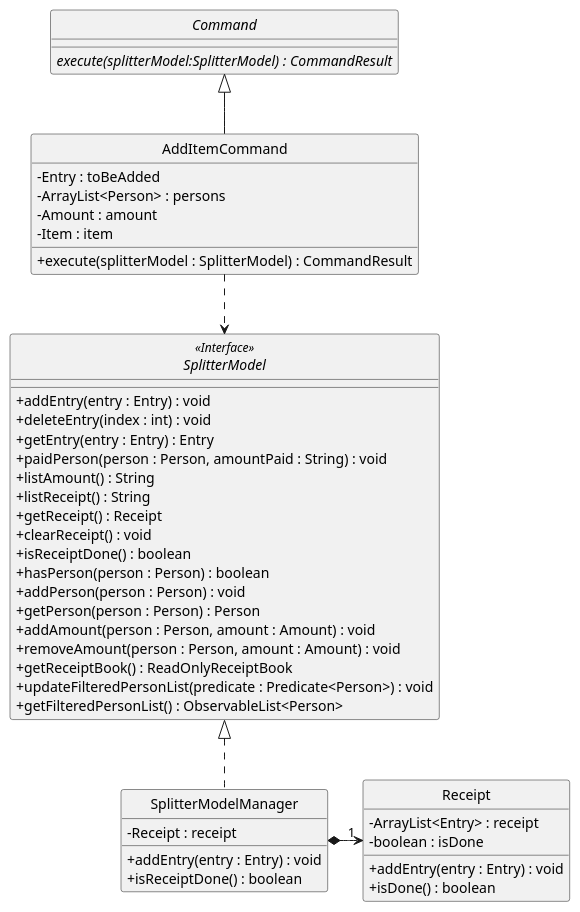
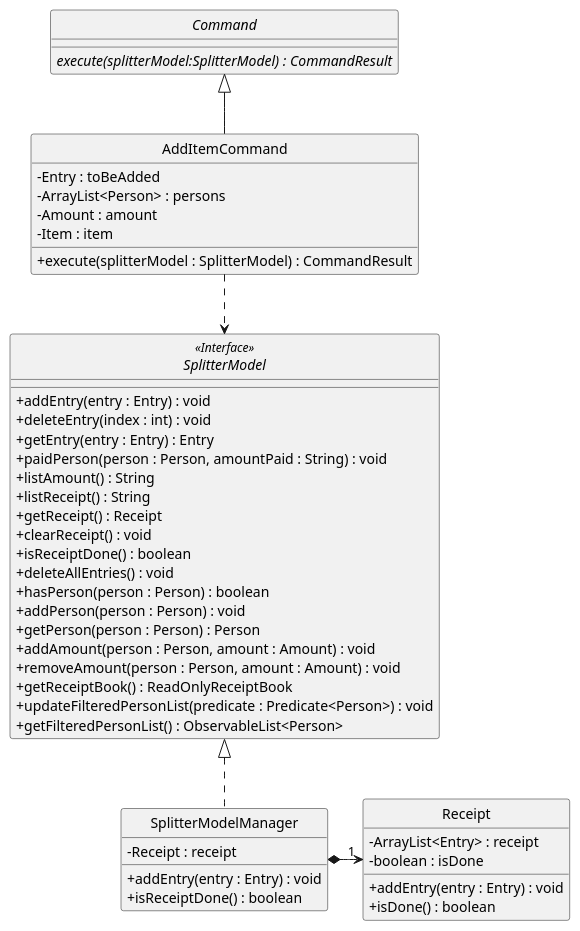
One commit to nus-cs2103-AY1920S2/addressbook-level3 changed the diagram in docs/diagrams/ExpenseSplitterAddItemCommandClassDiagram.puml. Above: the diagram before and after it, drawn with PlantUML. The commit also changed 7 other files, not shown here.

Commit message:
Updated AddItemCommand, DeleteItemCommand and ClearReceiptCommand Class Diagrams. Updated ClearReceiptCommand Sequence and Activity Diagrams

```diff
--- a/docs/diagrams/ExpenseSplitterAddItemCommandClassDiagram.puml
+++ b/docs/diagrams/ExpenseSplitterAddItemCommandClassDiagram.puml
@@ -1,71 +1,73 @@
 @startuml
 /' @author @ailanthustng'/
 
 skinparam backgroundColor #ffffff
 skinparam classAttributeIconSize 0
 hide circle
 
 
 abstract class Command {
     {abstract} execute(splitterModel:SplitterModel) : CommandResult
 }
 
 class AddItemCommand extends Command {
     /' Fields '/
     - Entry : toBeAdded
     - ArrayList<Person> : persons
     - Amount : amount
     - Item : item
 
     /' Methods '/
     + execute(splitterModel : SplitterModel) : CommandResult
 
 }
 
 interface SplitterModel <<Interface>> {
     + addEntry(entry : Entry) : void
     + deleteEntry(index : int) : void
     + getEntry(entry : Entry) : Entry
     + paidPerson(person : Person, amountPaid : String) : void
     + listAmount() : String
     + listReceipt() : String
     + getReceipt() : Receipt
     + clearReceipt() : void
     + isReceiptDone() : boolean
+    + deleteAllEntries() : void
     + hasPerson(person : Person) : boolean
     + addPerson(person : Person) : void
     + getPerson(person : Person) : Person
     + addAmount(person : Person, amount : Amount) : void
     + removeAmount(person : Person, amount : Amount) : void
     + getReceiptBook() : ReadOnlyReceiptBook
     + updateFilteredPersonList(predicate : Predicate<Person>) : void
     + getFilteredPersonList() : ObservableList<Person>
 }
+
 
 class SplitterModelManager implements SplitterModel {
     /' Fields '/
     - Receipt : receipt
 
     /' Methods '/
     + addEntry(entry : Entry) : void
     + isReceiptDone() : boolean
 }
 
 class Receipt {
     /' Fields '/
     - ArrayList<Entry> : receipt
     - boolean : isDone
 
     /' Methods '/
     + addEntry(entry : Entry) : void
     + isDone() : boolean
 }
 
 
 
 
 AddItemCommand ..> SplitterModel
 SplitterModelManager *-right->"1" Receipt
 
 
 @enduml
```
